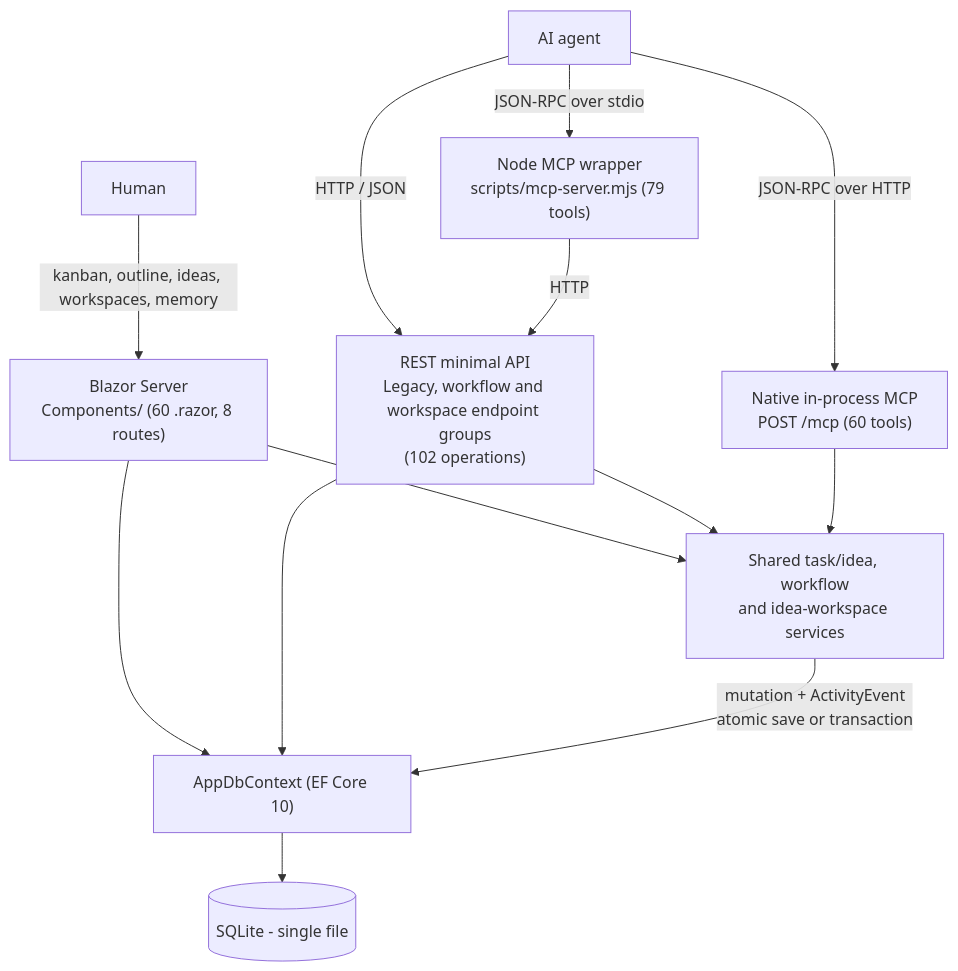
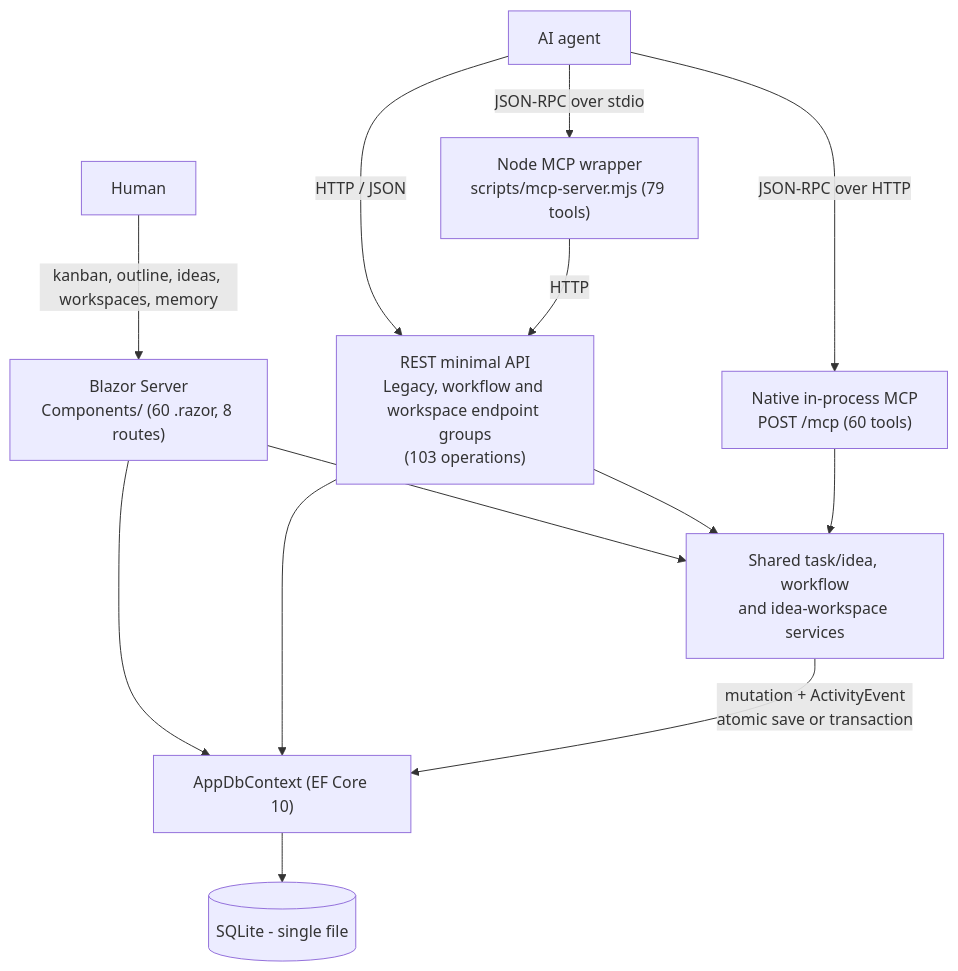
One commit to joelfuller2016/KanbanFlow-v2 changed the first of 3 diagrams in docs/ARCHITECTURE.md. Above: the diagram before and after it, drawn with Mermaid. The commit also changed other lines of this file and 15 other files, not shown here.

````diff
--- a/docs/ARCHITECTURE.md
+++ b/docs/ARCHITECTURE.md
@@ -39,17 +39,17 @@
 ```mermaid
 flowchart TD
     H["Human"] -->|"kanban, outline, ideas, workspaces, memory"| UI["Blazor Server<br/>Components/ (60 .razor, 8 routes)"]
     A["AI agent"] -->|"JSON-RPC over stdio"| NODE["Node MCP wrapper<br/>scripts/mcp-server.mjs (79 tools)"]
     A -->|"JSON-RPC over HTTP"| NATIVE["Native in-process MCP<br/>POST /mcp (60 tools)"]
-    A -->|"HTTP / JSON"| REST["REST minimal API<br/>Legacy, workflow and workspace endpoint groups<br/>(102 operations)"]
+    A -->|"HTTP / JSON"| REST["REST minimal API<br/>Legacy, workflow and workspace endpoint groups<br/>(103 operations)"]
     NODE -->|"HTTP"| REST
 
     UI --> EF
     UI --> SVC
     REST --> EF
     REST --> SVC
     NATIVE --> SVC["Shared task/idea, workflow<br/>and idea-workspace services"]
 
     SVC -->|"mutation + ActivityEvent<br/>atomic save or transaction"| EF["AppDbContext (EF Core 10)"]
     EF --> SQLITE[("SQLite - single file")]
 ```
````
